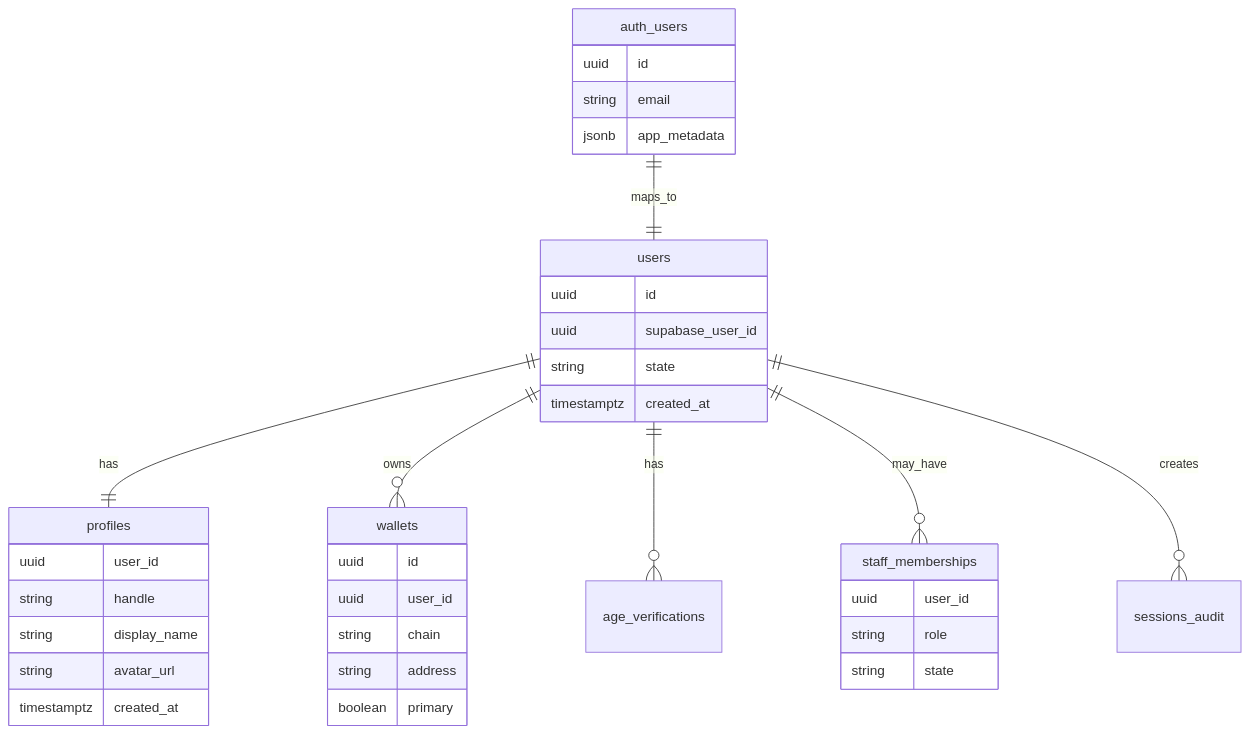
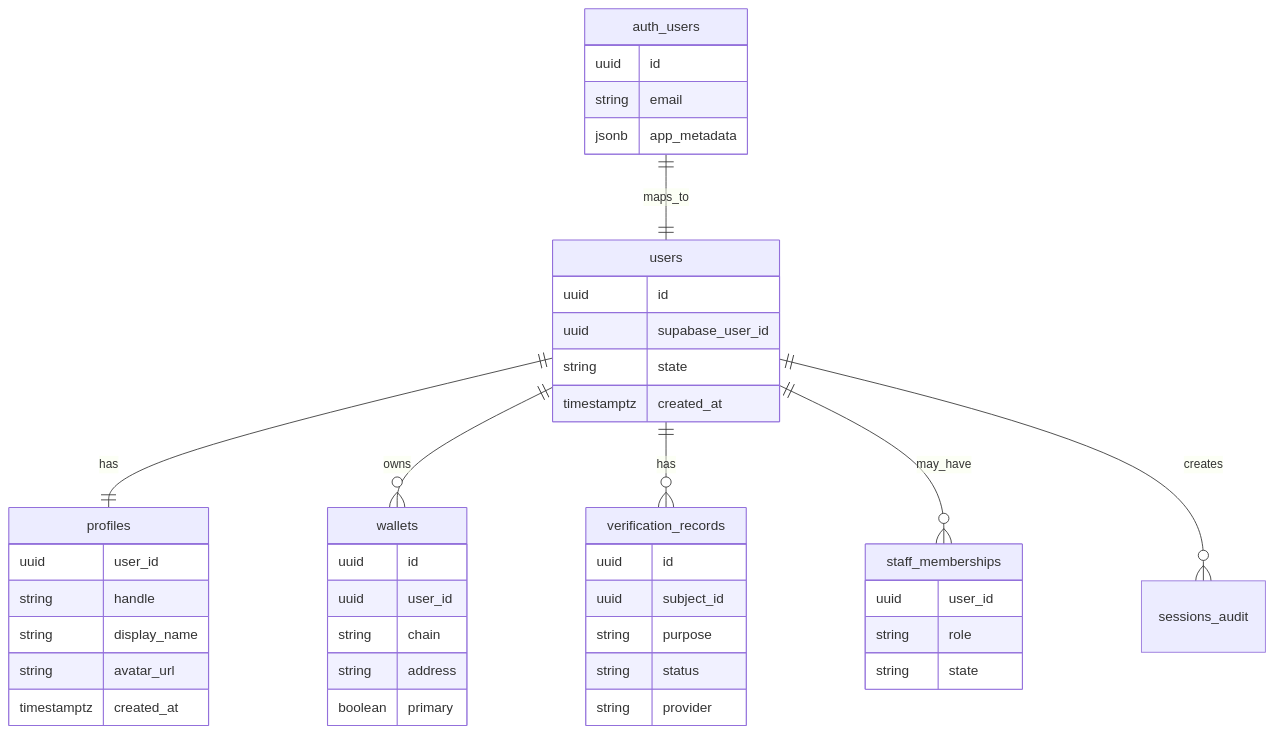
The first of 2 diagrams in docs/v2-new-build/auth-supabase-realtime.md (mariospeterman/VEEL-v2), drawn with Mermaid before and after one commit. The commit also changed other lines of this file and 461 other files, not shown here.

````diff
--- a/docs/v2-new-build/auth-supabase-realtime.md
+++ b/docs/v2-new-build/auth-supabase-realtime.md
@@ -31,40 +31,47 @@
 ```mermaid
 erDiagram
   auth_users ||--|| users : maps_to
   users ||--|| profiles : has
   users ||--o{ wallets : owns
-  users ||--o{ age_verifications : has
+  users ||--o{ verification_records : has
   users ||--o{ staff_memberships : may_have
   users ||--o{ sessions_audit : creates
 
   auth_users {
     uuid id
     string email
     jsonb app_metadata
   }
   users {
     uuid id
     uuid supabase_user_id
     string state
     timestamptz created_at
   }
   profiles {
     uuid user_id
     string handle
     string display_name
     string avatar_url
     timestamptz created_at
   }
   staff_memberships {
     uuid user_id
     string role
     string state
   }
   wallets {
     uuid id
     uuid user_id
     string chain
     string address
     boolean primary
   }
+  verification_records {
+    uuid id
+    uuid subject_id
+    string purpose
+    string status
+    string provider
+  }
 ```
````
